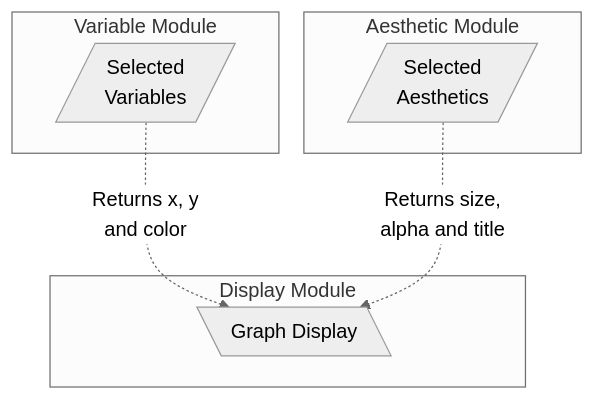
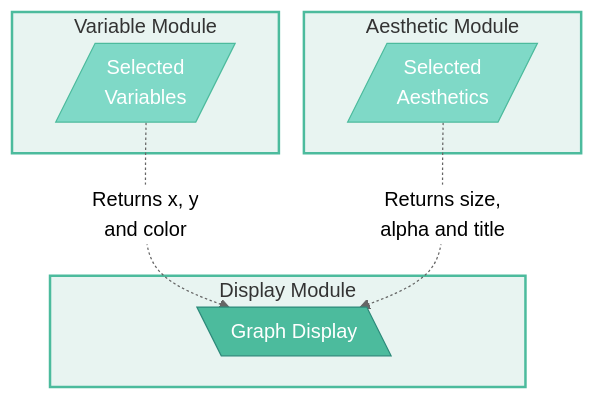
One commit to mjfrigaard/shiny-app-pkgs changed the second of 3 diagrams in test_modules.qmd. Above: the diagram before and after it, drawn with Mermaid. The commit also changed other lines of this file, not shown here.

First line of the commit message:
Style all 3 mermaid diagrams in test_modules.qmd with teal palette

````diff
--- a/test_modules.qmd
+++ b/test_modules.qmd
@@ -183,19 +194,26 @@
 ```{mermaid}
 %%| fig-cap: '*Variable and aesthetic returned values*'
 %%| fig-align: center
 %%{init: {'theme': 'neutral', 'themeVariables': { 'fontFamily': 'monospace', "fontSize":"16px"}}}%%
 flowchart 
     subgraph VarModule["Variable Module"]
         VarInputs[/"Selected<br>Variables"/]
     end
     subgraph AesModule["Aesthetic Module"]
         AesInputs[/"Selected<br>Aesthetics"/]
     end
     subgraph GraphDisplay["Display Module"]
         ScatterDiplay[\"Graph Display"\]
     end
     
     VarInputs -.->|"Returns x, y<br>and color"|ScatterDiplay
     AesInputs -.->|"Returns size, <br>alpha and title"|ScatterDiplay
 
+    style VarModule fill:#e8f4f1,stroke:#4CBB9D,stroke-width:2px
+    style AesModule fill:#e8f4f1,stroke:#4CBB9D,stroke-width:2px
+    style GraphDisplay fill:#e8f4f1,stroke:#4CBB9D,stroke-width:2px
+    style VarInputs fill:#7fd9c7,stroke:#4CBB9D,stroke-width:1px,color:#fff
+    style AesInputs fill:#7fd9c7,stroke:#4CBB9D,stroke-width:1px,color:#fff
+    style ScatterDiplay fill:#4CBB9D,stroke:#2d8a7a,stroke-width:1px,color:#fff
+
 ```
````
